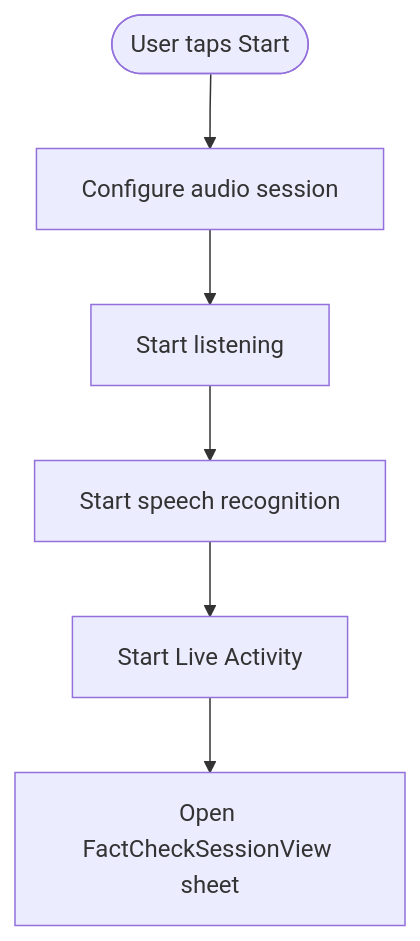
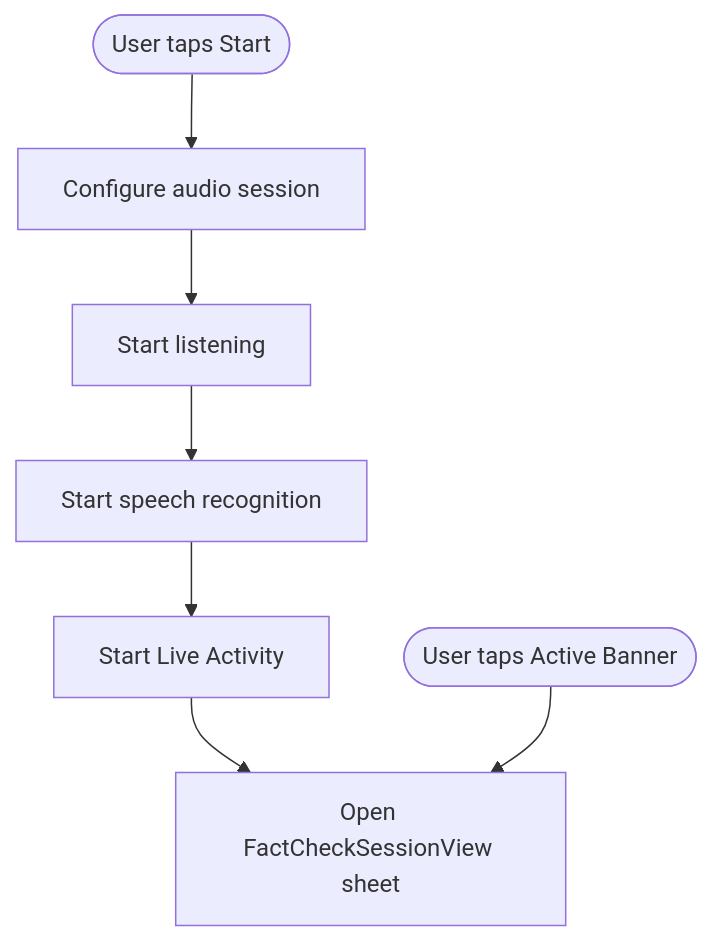
Before and after one commit to alexandreybasta-cyber/factshield-ios: the sixth of 10 diagrams in .qoder/repowiki/en/content/UI Components and Views/UI Components and Views.md, drawn with Mermaid. The commit also changed other lines of this file and 97 other files, not shown here.

````diff
--- a/.qoder/repowiki/en/content/UI Components and Views/UI Components and Views.md
+++ b/.qoder/repowiki/en/content/UI Components and Views/UI Components and Views.md
@@ -291,8 +309,9 @@
 ```mermaid
 flowchart TD
 Start(["User taps Start"]) --> Config["Configure audio session"]
 Config --> Listen["Start listening"]
 Listen --> Recognize["Start speech recognition"]
 Recognize --> Activity["Start Live Activity"]
 Activity --> LaunchSheet["Open FactCheckSessionView sheet"]
+ActiveTap(["User taps Active Banner"]) --> LaunchSheet
 ```
````
